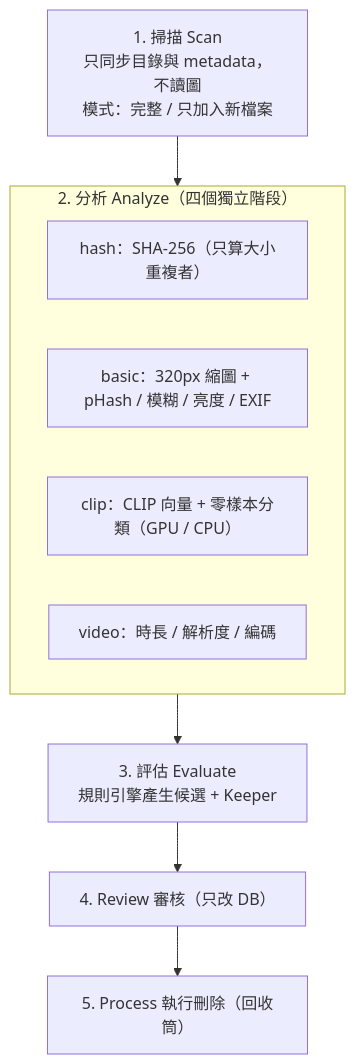
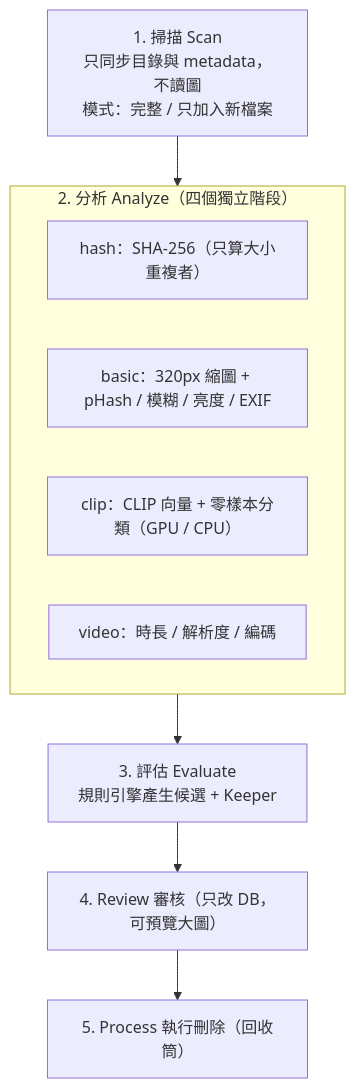
The diagram in README.md (tw4test/photo-cleaner), drawn with Mermaid before and after one commit. The commit also changed other lines of this file and 1 other file, not shown here.

````diff
--- a/README.md
+++ b/README.md
@@ -36,13 +36,13 @@
 ```mermaid
 flowchart TD
     Scan["1. 掃描 Scan<br/>只同步目錄與 metadata，不讀圖<br/>模式：完整 / 只加入新檔案"] --> Analyze
     subgraph Analyze["2. 分析 Analyze（四個獨立階段）"]
         H["hash：SHA-256（只算大小重複者）"]
         B["basic：320px 縮圖 + pHash / 模糊 / 亮度 / EXIF"]
         C["clip：CLIP 向量 + 零樣本分類（GPU / CPU）"]
         V["video：時長 / 解析度 / 編碼"]
     end
     Analyze --> Eval["3. 評估 Evaluate<br/>規則引擎產生候選 + Keeper"]
-    Eval --> Review["4. Review 審核（只改 DB）"]
+    Eval --> Review["4. Review 審核（只改 DB，可預覽大圖）"]
     Review --> Process["5. Process 執行刪除（回收筒）"]
 ```
````
